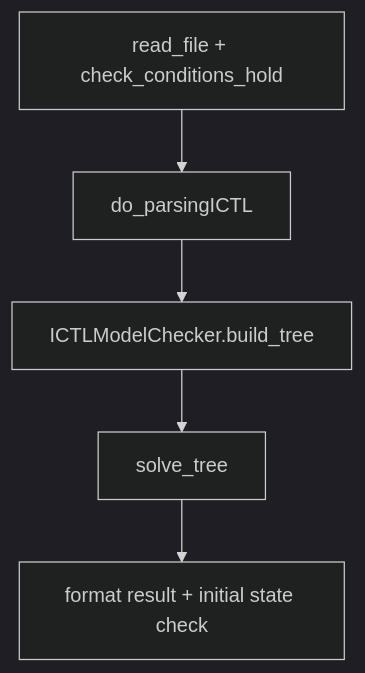
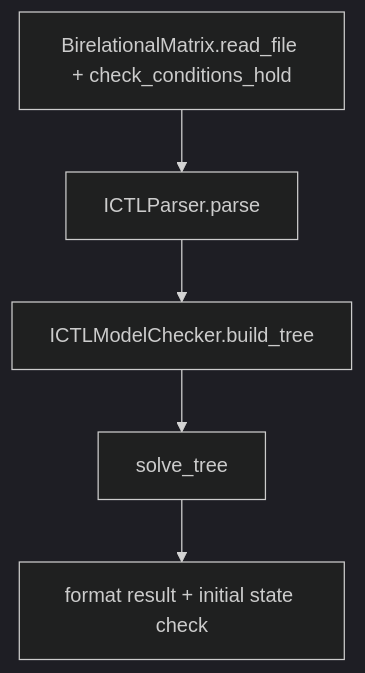
One commit to VITAMIN-organisation/vitamin-model-checker changed the diagram in docs/ICTL/algorithm.md. Above: the diagram before and after it, drawn with Mermaid (dark theme). The commit also changed other lines of this file and 8 other files, not shown here.

````diff
--- a/docs/ICTL/algorithm.md
+++ b/docs/ICTL/algorithm.md
@@ -259,10 +237,10 @@
 ```mermaid
 flowchart TD
-    load["read_file + check_conditions_hold"]
-    parse["do_parsingICTL"]
+    load["BirelationalMatrix.read_file + check_conditions_hold"]
+    parse["ICTLParser.parse"]
     tree["ICTLModelChecker.build_tree"]
     solve["solve_tree"]
     result["format result + initial state check"]
 
     load --> parse --> tree --> solve --> result
 ```
````
